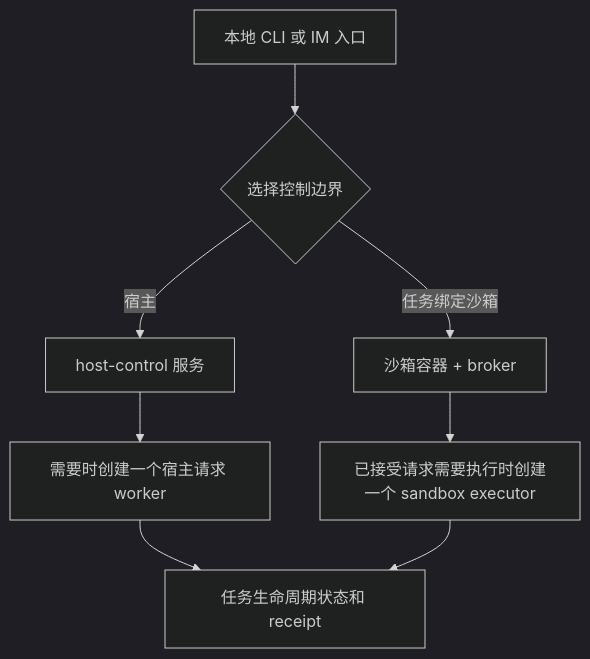
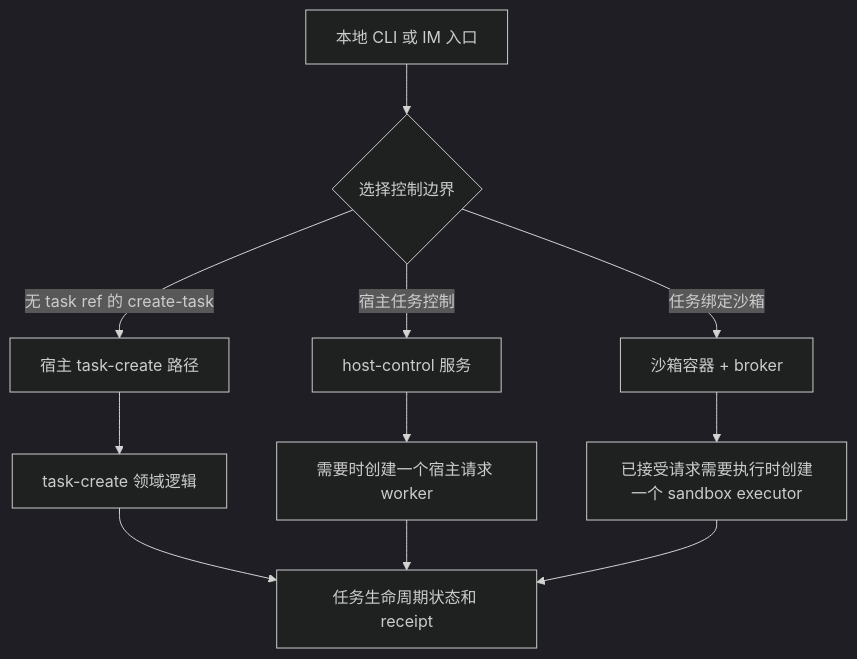
Before and after one commit to fitlab-ai/agent-infra: the fourth of 4 diagrams in docs/zh-CN/architecture.md, drawn with Mermaid (dark theme). The commit also changed other lines of this file and 1 other file, not shown here.

Commit message:
docs(architecture): restore runtime evidence boundaries

````diff
--- a/docs/zh-CN/architecture.md
+++ b/docs/zh-CN/architecture.md
@@ -140,10 +157,13 @@
 ```mermaid
 flowchart TD
   ENTRY["本地 CLI 或 IM 入口"] --> ROUTE{"选择控制边界"}
-  ROUTE -->|宿主| HC["host-control 服务"]
+  ROUTE -->|无 task ref 的 create-task| CREATE["宿主 task-create 路径"]
+  ROUTE -->|宿主任务控制| HC["host-control 服务"]
   ROUTE -->|任务绑定沙箱| SB["沙箱容器 + broker"]
+  CREATE --> DOMAIN["task-create 领域逻辑"]
   HC --> HW["需要时创建一个宿主请求 worker"]
   SB --> EX["已接受请求需要执行时创建一个 sandbox executor"]
-  HW --> STATE["任务生命周期状态和 receipt"]
+  DOMAIN --> STATE["任务生命周期状态和 receipt"]
+  HW --> STATE
   EX --> STATE
 ```
````
